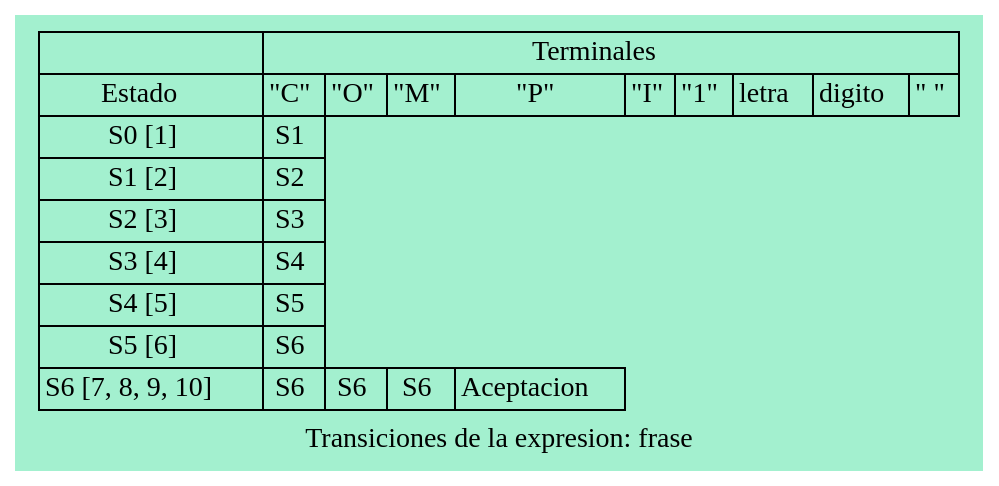
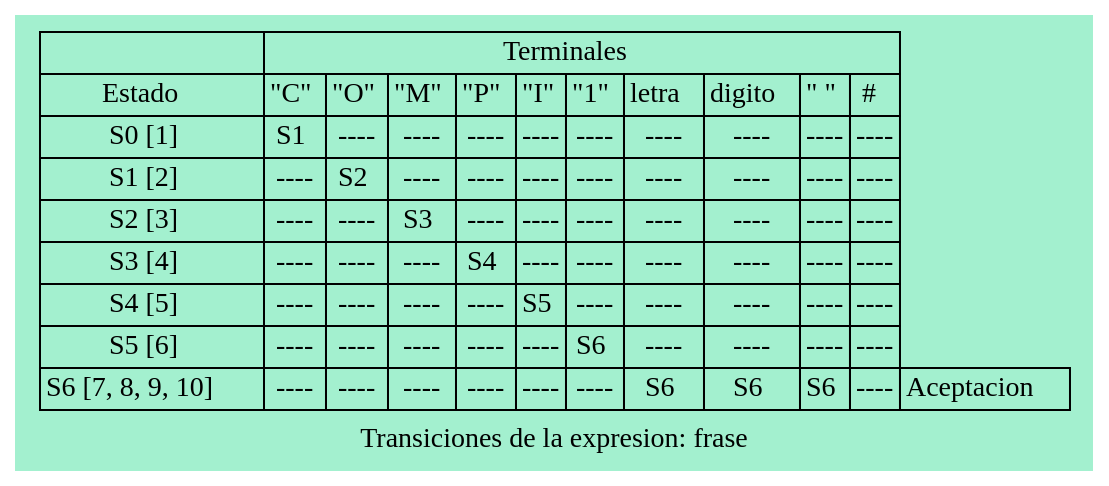
Before and after one commit to walterjav19/OLC1_202111718_Proyecto1: the diagram in src/main/java/Graphviz/Transicion_frase.dot, drawn with Graphviz. The commit also changed 50 other files, not shown here.

```diff
--- a/src/main/java/Graphviz/Transicion_frase.dot
+++ b/src/main/java/Graphviz/Transicion_frase.dot
@@ -1,49 +1,50 @@
 digraph Transiciones{
     rankdir=LR;
     bgcolor = "#A3F0CF"
     node [shape=plaintext];
     edge [arrowhead=empty];
     
     // Encabezado de la tabla
     header [label=
     <
         <table border="0" cellborder="1" cellspacing="0">
             <tr>
                 <td></td>
-                <td colspan="9">Terminales</td>
+                <td colspan="10">Terminales</td>
             </tr>
             <tr>
                 <td>Estado</td><td>"C"</td>
 <td>"O"</td>
 <td>"M"</td>
 <td>"P"</td>
 <td>"I"</td>
 <td>"1"</td>
 <td>letra</td>
 <td>digito</td>
 <td>" "</td>
+<td>#</td>
 </tr>
 <tr>
                 <td>S0 [1]</td>
-<td>S1</td></tr>
+<td>S1</td><td>----</td><td>----</td><td>----</td><td>----</td><td>----</td><td>----</td><td>----</td><td>----</td><td>----</td></tr>
 <tr>
                 <td>S1 [2]</td>
-<td>S2</td></tr>
+<td>----</td><td>S2</td><td>----</td><td>----</td><td>----</td><td>----</td><td>----</td><td>----</td><td>----</td><td>----</td></tr>
 <tr>
                 <td>S2 [3]</td>
-<td>S3</td></tr>
+<td>----</td><td>----</td><td>S3</td><td>----</td><td>----</td><td>----</td><td>----</td><td>----</td><td>----</td><td>----</td></tr>
 <tr>
                 <td>S3 [4]</td>
-<td>S4</td></tr>
+<td>----</td><td>----</td><td>----</td><td>S4</td><td>----</td><td>----</td><td>----</td><td>----</td><td>----</td><td>----</td></tr>
 <tr>
                 <td>S4 [5]</td>
-<td>S5</td></tr>
+<td>----</td><td>----</td><td>----</td><td>----</td><td>S5</td><td>----</td><td>----</td><td>----</td><td>----</td><td>----</td></tr>
 <tr>
                 <td>S5 [6]</td>
-<td>S6</td></tr>
+<td>----</td><td>----</td><td>----</td><td>----</td><td>----</td><td>S6</td><td>----</td><td>----</td><td>----</td><td>----</td></tr>
 <tr>
                 <td>S6 [7, 8, 9, 10]</td>
-<td>S6</td><td>S6</td><td>S6</td><td>Aceptacion</td></tr>
+<td>----</td><td>----</td><td>----</td><td>----</td><td>----</td><td>----</td><td>S6</td><td>S6</td><td>S6</td><td>----</td><td>Aceptacion</td></tr>
         </table>
     >];
 label="Transiciones de la expresion: frase"}
```
